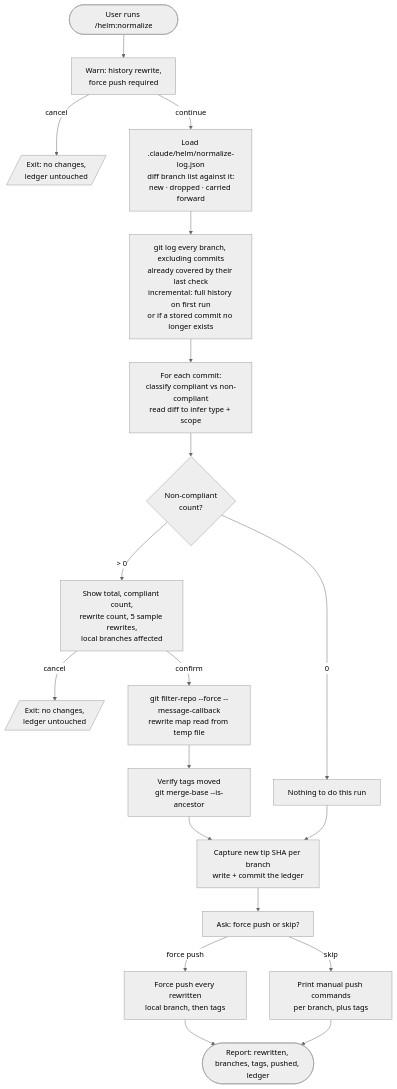
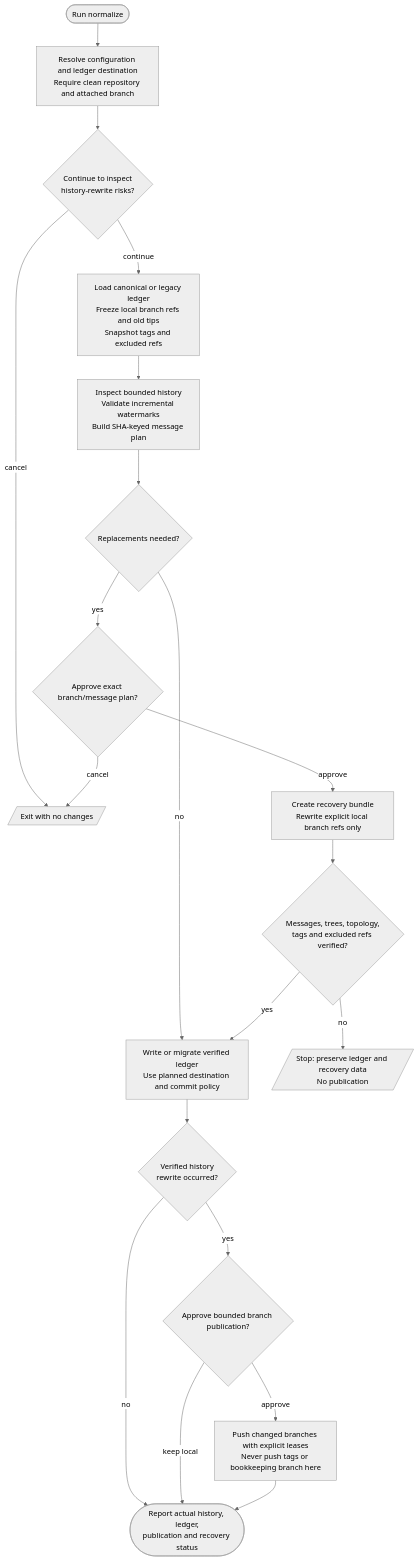
One commit to myowinthein/agent-helm changed the diagram in docs/commands/normalize.md. Above: the diagram before and after it, drawn with Mermaid (neutral theme). The commit also changed other lines of this file and 2 other files, not shown here.

Commit message:
fix(normalize): preserve tags and bound history rewrites

````diff
--- a/docs/commands/normalize.md
+++ b/docs/commands/normalize.md
@@ -15,30 +15,22 @@
 ```mermaid
 flowchart TD
-  Start([User runs /helm:normalize]) --> Warn[Warn: history rewrite,<br/>force push required]
-
-  Warn -->|cancel| CancelEarly[/Exit: no changes,<br/>ledger untouched/]
-  Warn -->|continue| Ledger[Load .claude/helm/normalize-log.json<br/>diff branch list against it:<br/>new · dropped · carried forward]
-
-  Ledger --> Scan[git log every branch, excluding commits<br/>already covered by their last check<br/>incremental: full history on first run<br/>or if a stored commit no longer exists]
-
-  Scan --> Classify[For each commit:<br/>classify compliant vs non-compliant<br/>read diff to infer type + scope]
-  Classify --> Count{Non-compliant<br/>count?}
-
-  Count -->|0| NothingToDo[Nothing to do this run]
-  Count -->|> 0| ShowPlan[Show total, compliant count,<br/>rewrite count, 5 sample rewrites,<br/>local branches affected]
-
-  ShowPlan -->|cancel| CancelLate[/Exit: no changes,<br/>ledger untouched/]
-  ShowPlan -->|confirm| Rewrite[git filter-repo --force --message-callback<br/>rewrite map read from temp file]
-
-  Rewrite --> Tags[Verify tags moved<br/>git merge-base --is-ancestor]
-  Tags --> UpdateLedger[Capture new tip SHA per branch<br/>write + commit the ledger]
-  NothingToDo --> UpdateLedger
-
-  UpdateLedger --> PushGate[Ask: force push or skip?]
-
-  PushGate -->|force push| Push[Force push every rewritten<br/>local branch, then tags]
-  PushGate -->|skip| Manual[Print manual push commands<br/>per branch, plus tags]
-
-  Push --> Report([Report: rewritten, branches, tags, pushed, ledger])
-  Manual --> Report
+  Start([Run normalize]) --> Preflight[Resolve configuration and ledger destination<br/>Require clean repository and attached branch]
+  Preflight --> Warning{Continue to inspect<br/>history-rewrite risks?}
+  Warning -->|cancel| Cancel[/Exit with no changes/]
+  Warning -->|continue| Load[Load canonical or legacy ledger<br/>Freeze local branch refs and old tips<br/>Snapshot tags and excluded refs]
+  Load --> Scan[Inspect bounded history<br/>Validate incremental watermarks<br/>Build SHA-keyed message plan]
+  Scan --> Count{Replacements needed?}
+  Count -->|no| Ledger
+  Count -->|yes| Plan{Approve exact branch/message plan?}
+  Plan -->|cancel| Cancel
+  Plan -->|approve| Rewrite[Create recovery bundle<br/>Rewrite explicit local branch refs only]
+  Rewrite --> Verify{Messages, trees, topology,<br/>tags and excluded refs verified?}
+  Verify -->|no| Blocked[/Stop: preserve ledger and recovery data<br/>No publication/]
+  Verify -->|yes| Ledger[Write or migrate verified ledger<br/>Use planned destination and commit policy]
+  Ledger --> ActualRewrite{Verified history<br/>rewrite occurred?}
+  ActualRewrite -->|no| Report
+  ActualRewrite -->|yes| Publish{Approve bounded branch publication?}
+  Publish -->|keep local| Report
+  Publish -->|approve| Push[Push changed branches with explicit leases<br/>Never push tags or bookkeeping branch here]
+  Push --> Report([Report actual history, ledger,<br/>publication and recovery status])
 ```
````
